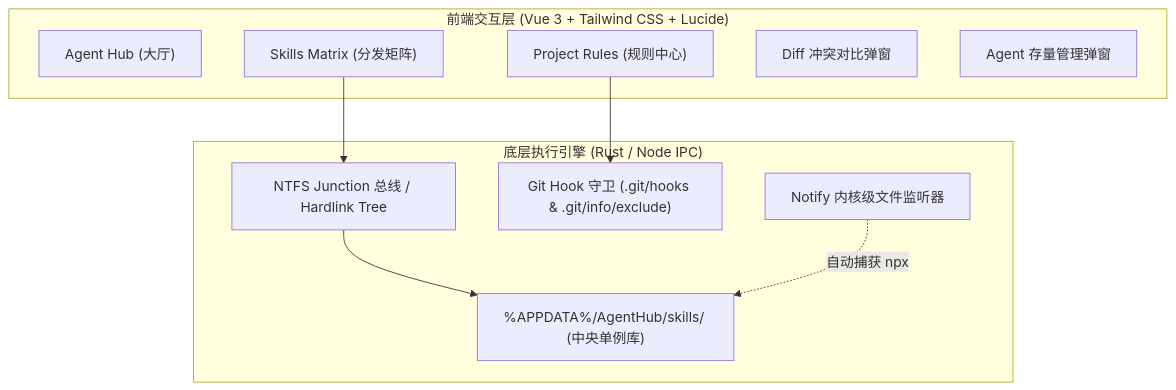
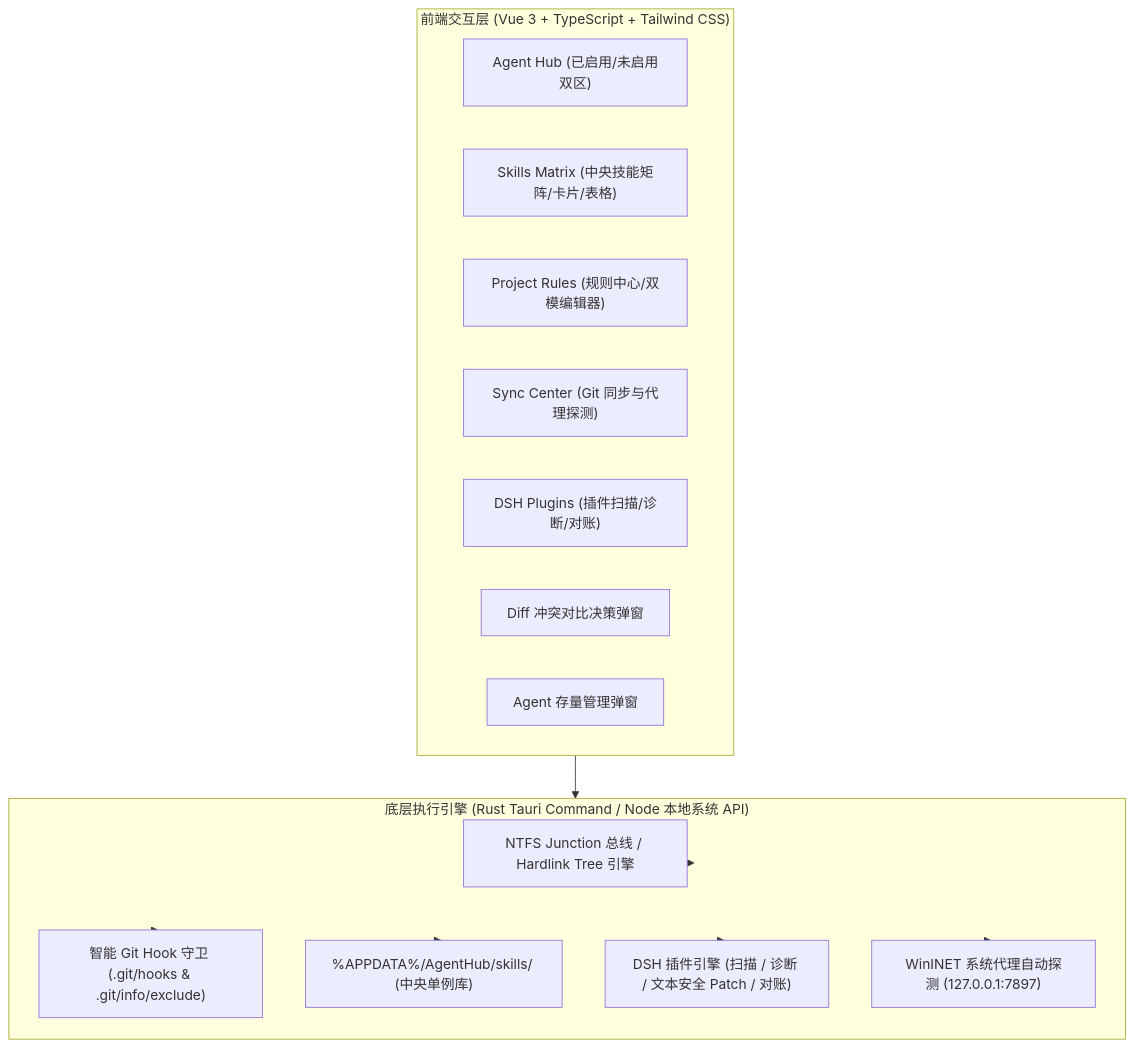
The first of 2 diagrams in README.md (Nomit8088/AGENT_CONFIG_MANAGE), drawn with Mermaid before and after one commit. The commit also changed other lines of this file and 36 other files, not shown here.

````diff
--- a/README.md
+++ b/README.md
@@ -74,22 +78,27 @@
 ```mermaid
 flowchart TD
-    subgraph UI["前端交互层 (Vue 3 + Tailwind CSS + Lucide)"]
-        Tab1["Agent Hub (大厅)"]
-        Tab2["Skills Matrix (分发矩阵)"]
-        Tab3["Project Rules (规则中心)"]
-        ModalDiff["Diff 冲突对比弹窗"]
+    subgraph UI["前端交互层 (Vue 3 + TypeScript + Tailwind CSS)"]
+        Tab1["Agent Hub (已启用/未启用双区)"]
+        Tab2["Skills Matrix (中央技能矩阵/卡片/表格)"]
+        Tab3["Project Rules (规则中心/双模编辑器)"]
+        Tab4["Sync Center (Git 同步与代理探测)"]
+        Tab5["DSH Plugins (插件扫描/诊断/对账)"]
+        ModalDiff["Diff 冲突对比决策弹窗"]
         ModalDetail["Agent 存量管理弹窗"]
     end
 
-    subgraph CoreEngine["底层执行引擎 (Rust / Node IPC)"]
-        JunctionBus["NTFS Junction 总线 / Hardlink Tree"]
-        GitGuard["Git Hook 守卫 (.git/hooks & .git/info/exclude)"]
+    subgraph CoreEngine["底层执行引擎 (Rust Tauri Command / Node 本地系统 API)"]
+        JunctionBus["NTFS Junction 总线 / Hardlink Tree 引擎"]
+        GitGuard["智能 Git Hook 守卫 (.git/hooks & .git/info/exclude)"]
         CentralRepo["%APPDATA%/AgentHub/skills/ (中央单例库)"]
-        Watcher["Notify 内核级文件监听器"]
+        DshManager["DSH 插件引擎 (扫描 / 诊断 / 文本安全 Patch / 对账)"]
+        ProxyDetector["WinINET 系统代理自动探测 (127.0.0.1:7897)"]
     end
 
-    Tab2 --> JunctionBus
-    JunctionBus --> CentralRepo
-    Tab3 --> GitGuard
-    Watcher -.->|自动捕获 npx| CentralRepo
+    UI --> CoreEngine
+    CoreEngine --> JunctionBus
+    CoreEngine --> GitGuard
+    CoreEngine --> CentralRepo
+    CoreEngine --> DshManager
+    CoreEngine --> ProxyDetector
 ```
````
